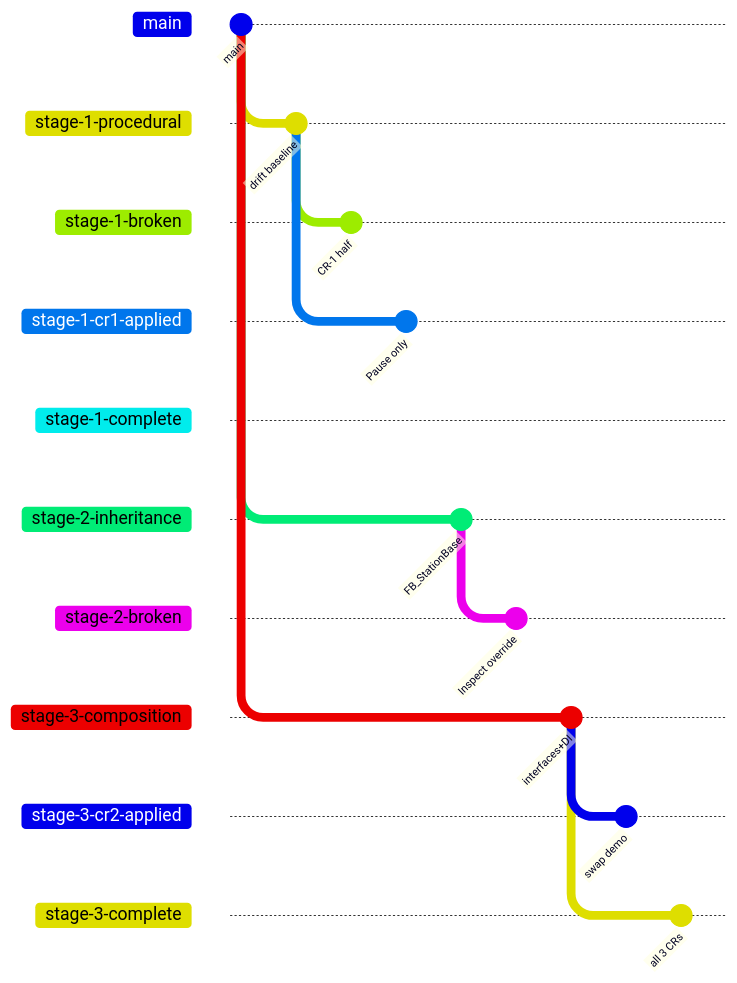
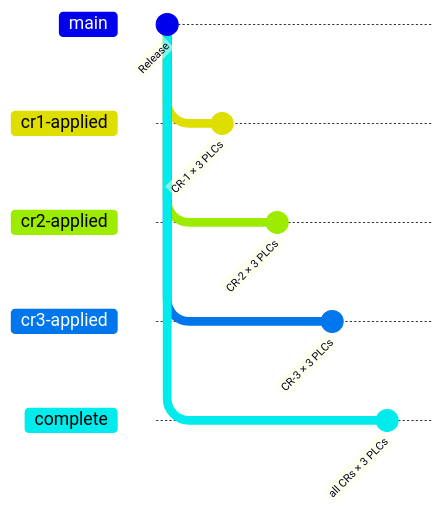
One commit to Beckhoff-USA-Community/Procedural_To_SOLID changed the diagram in docs/getting-started.md. Above: the diagram before and after it, drawn with Mermaid. The commit also changed other lines of this file and 11 other files, not shown here.

````diff
--- a/docs/getting-started.md
+++ b/docs/getting-started.md
@@ -50,27 +45,15 @@
 ```mermaid
 gitGraph
-   commit id: "main"
-   branch stage-1-procedural
-   commit id: "drift baseline"
-   branch stage-1-broken
-   commit id: "CR-1 half"
-   checkout stage-1-procedural
-   branch stage-1-cr1-applied
-   commit id: "Pause only"
-   checkout stage-1-procedural
-   branch stage-1-complete
-   commit id: "all 3 CRs"
+   commit id: "Release"
+   branch cr1-applied
+   commit id: "CR-1 × 3 PLCs"
    checkout main
-   branch stage-2-inheritance
-   commit id: "FB_StationBase"
-   branch stage-2-broken
-   commit id: "Inspect override"
+   branch cr2-applied
+   commit id: "CR-2 × 3 PLCs"
    checkout main
-   branch stage-3-composition
-   commit id: "interfaces+DI"
-   branch stage-3-cr2-applied
-   commit id: "swap demo"
-   checkout stage-3-composition
-   branch stage-3-complete
-   commit id: "all 3 CRs"
+   branch cr3-applied
+   commit id: "CR-3 × 3 PLCs"
+   checkout main
+   branch complete
+   commit id: "all CRs × 3 PLCs"
 ```
````
